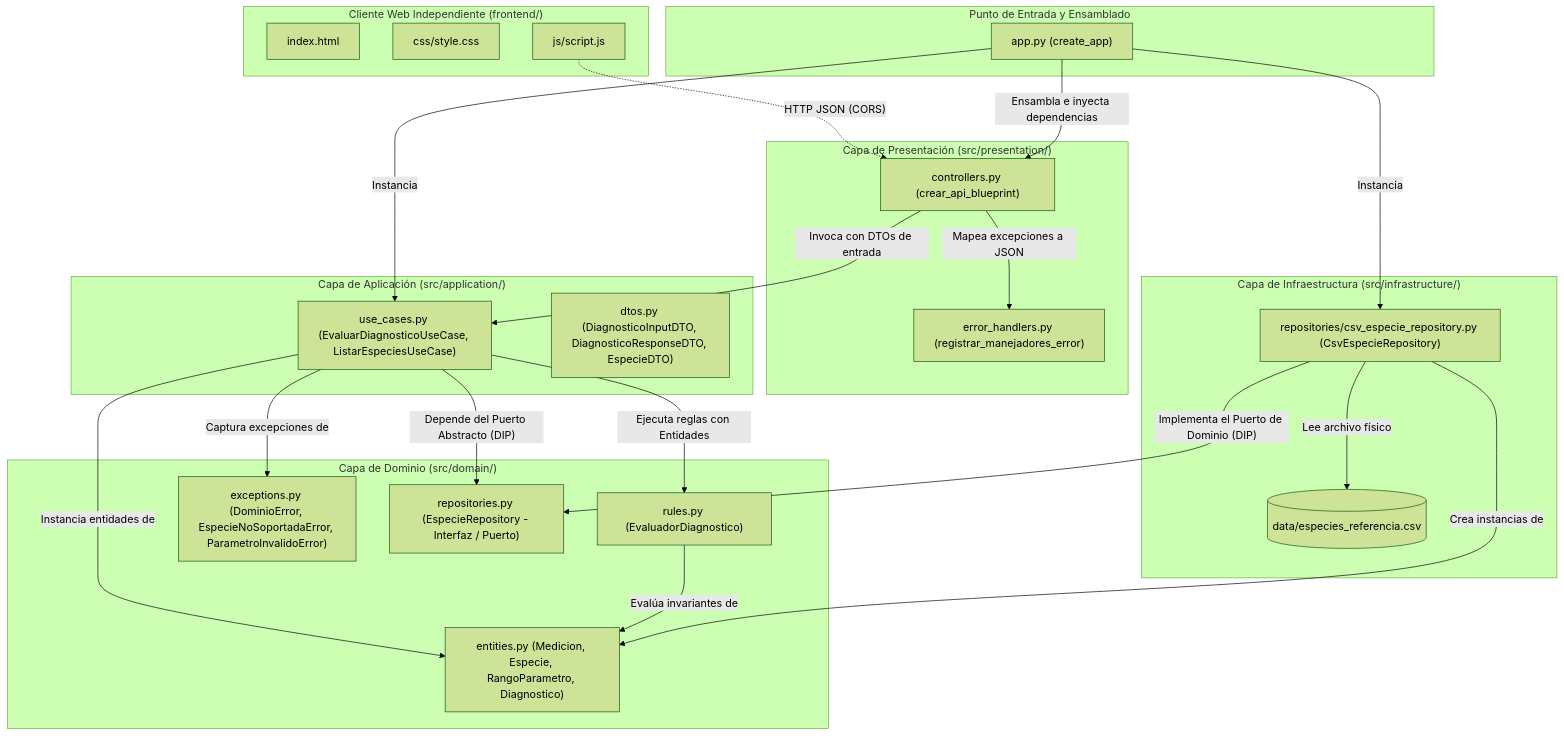
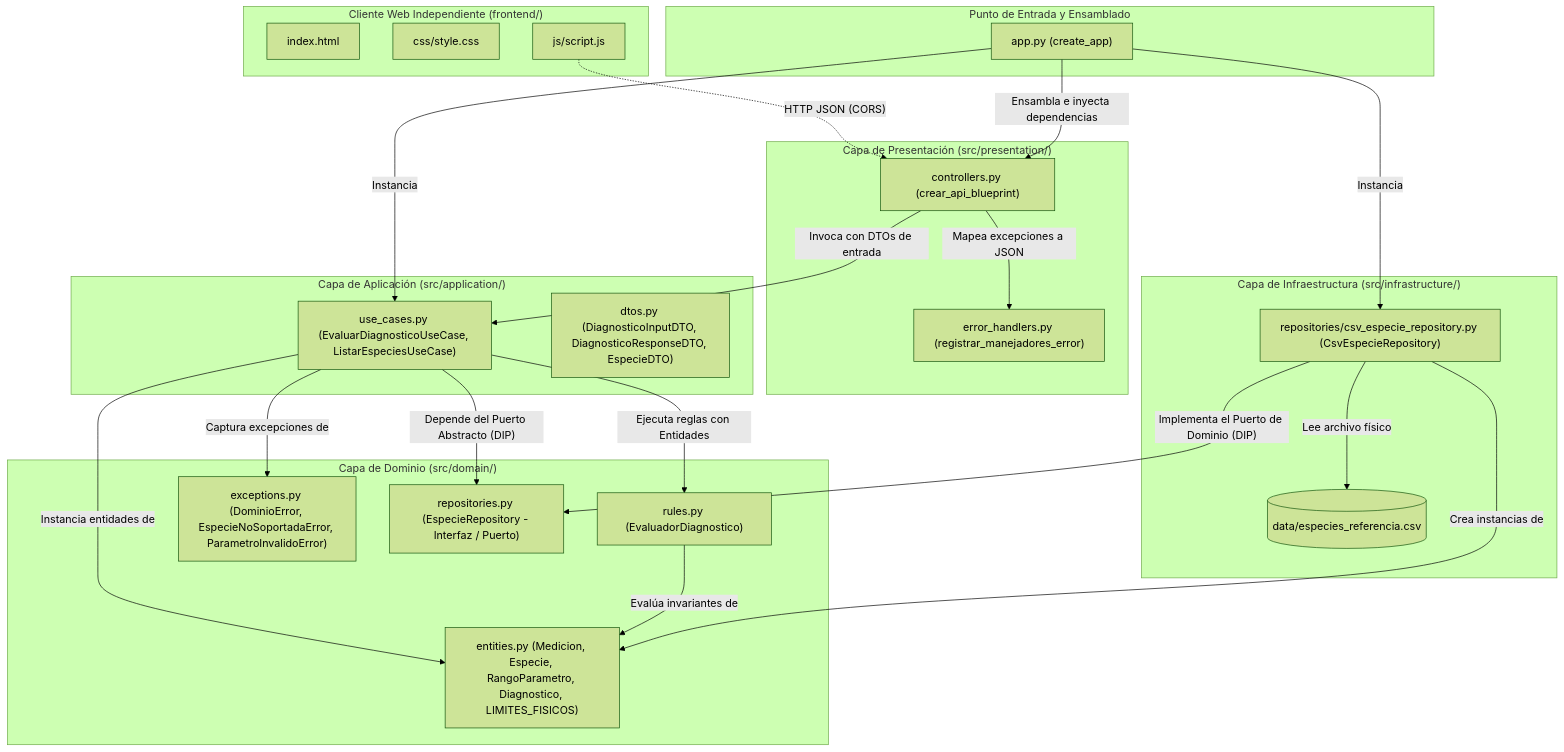
The first of 2 diagrams in docs/documento_arquitectura.md (estebanstack/SmartPlantBase), drawn with Mermaid (forest theme) before and after one commit. The commit also changed other lines of this file and 10 other files, not shown here.

````diff
--- a/docs/documento_arquitectura.md
+++ b/docs/documento_arquitectura.md
@@ -11,50 +11,50 @@
 ```mermaid
 graph TD
     subgraph Frontend["Cliente Web Independiente (frontend/)"]
         F1["index.html"]
         F2["css/style.css"]
         F3["js/script.js"]
     end
 
     subgraph Presentation["Capa de Presentación (src/presentation/)"]
         P1["controllers.py (crear_api_blueprint)"]
         P2["error_handlers.py (registrar_manejadores_error)"]
     end
 
     subgraph Application["Capa de Aplicación (src/application/)"]
         A1["use_cases.py (EvaluarDiagnosticoUseCase, ListarEspeciesUseCase)"]
         A2["dtos.py (DiagnosticoInputDTO, DiagnosticoResponseDTO, EspecieDTO)"]
     end
 
     subgraph Domain["Capa de Dominio (src/domain/)"]
-        D1["entities.py (Medicion, Especie, RangoParametro, Diagnostico)"]
+        D1["entities.py (Medicion, Especie, RangoParametro, Diagnostico, LIMITES_FISICOS)"]
         D2["rules.py (EvaluadorDiagnostico)"]
         D3["exceptions.py (DominioError, EspecieNoSoportadaError, ParametroInvalidoError)"]
         D4["repositories.py (EspecieRepository - Interfaz / Puerto)"]
     end
 
     subgraph Infrastructure["Capa de Infraestructura (src/infrastructure/)"]
         I1["repositories/csv_especie_repository.py (CsvEspecieRepository)"]
         DATA[("data/especies_referencia.csv")]
     end
 
     subgraph EntryPoint["Punto de Entrada y Ensamblado"]
         ROOT["app.py (create_app)"]
     end
 
     %% Relaciones de consumo y dependencia
     F3 -.->|"HTTP JSON (CORS)"| P1
     ROOT -->|"Ensambla e inyecta dependencias"| P1
     ROOT -->|"Instancia"| I1
     ROOT -->|"Instancia"| A1
     P1 -->|"Invoca con DTOs de entrada"| A1
     P1 -->|"Mapea excepciones a JSON"| P2
     A1 -->|"Depende del Puerto Abstracto (DIP)"| D4
     A1 -->|"Ejecuta reglas con Entidades"| D2
     A1 -->|"Instancia entidades de"| D1
     A1 -->|"Captura excepciones de"| D3
     D2 -->|"Evalúa invariantes de"| D1
     I1 -->|"Implementa el Puerto de Dominio (DIP)"| D4
     I1 -->|"Lee archivo físico"| DATA
     I1 -->|"Crea instancias de"| D1
 ```
````
